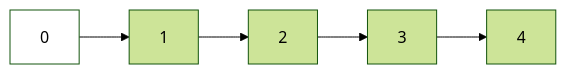
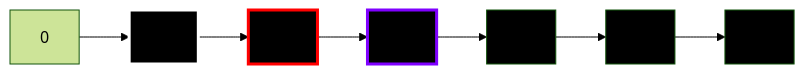
One commit to west7/EDA2 changed the third of 4 diagrams in README.md. Above: the diagram before and after it, drawn with Mermaid (forest theme). The commit also changed other lines of this file and 4 other files, not shown here.

````diff
--- a/README.md
+++ b/README.md
@@ -400,10 +403,18 @@
 ```mermaid
+
     graph LR;
     A[0] --> B[1]
     B --> C[2]
     C --> D[3]
     D --> E[4]
+    E --> F[5]
+    F --> G[6]
 
-    style A fill: #FFFFFF
+    style B stroke-width:3px, stroke: #FFFFFF
+    style C stroke-width:3px, stroke: #FF0000 
+    style D stroke-width:3px, stroke: #7F00FF
+    
 
+    classDef myNodeStyle fill:#000000;
+    class C,B,D,E,F,G myNodeStyle;
 ```
````
